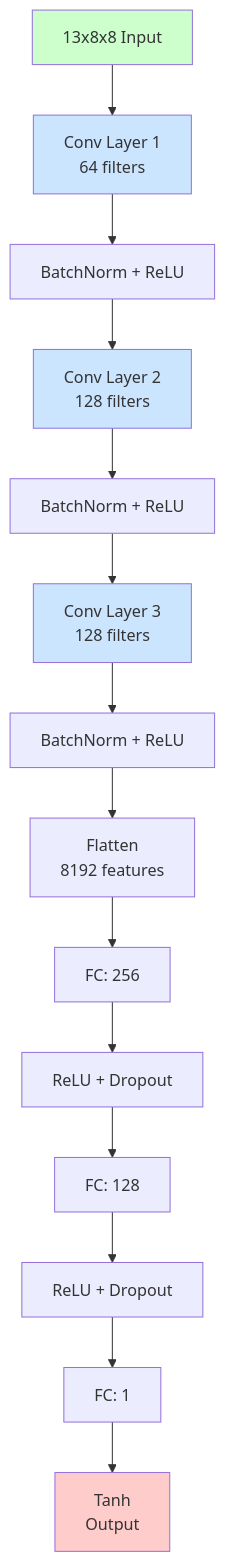
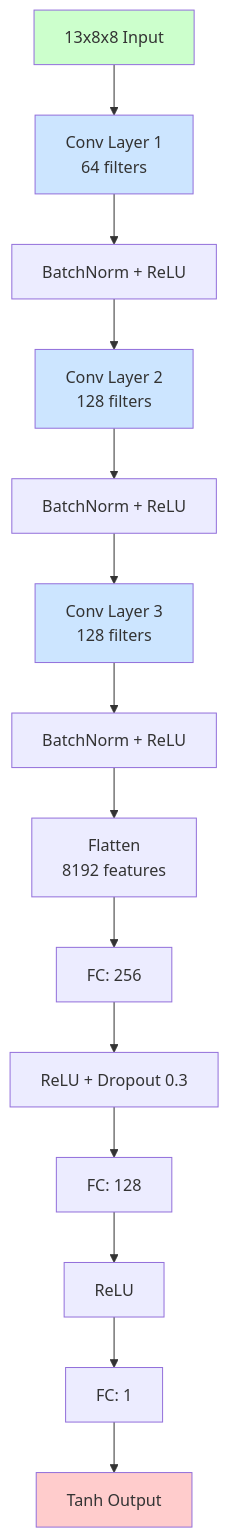
Before and after one commit to tmdals0611/tmdals0611.github.io: the diagram in _posts/2024-12-20-chess-ai-project-step3.md, drawn with Mermaid. The commit also changed other lines of this file, not shown here.

````diff
--- a/_posts/2024-12-20-chess-ai-project-step3.md
+++ b/_posts/2024-12-20-chess-ai-project-step3.md
@@ -22,22 +24,22 @@
 ```mermaid
 graph TD
     A[13x8x8 Input] --> B[Conv Layer 1<br/>64 filters]
     B --> C[BatchNorm + ReLU]
     C --> D[Conv Layer 2<br/>128 filters]
     D --> E[BatchNorm + ReLU]
     E --> F[Conv Layer 3<br/>128 filters]
     F --> G[BatchNorm + ReLU]
     G --> H[Flatten<br/>8192 features]
     H --> I[FC: 256]
-    I --> J[ReLU + Dropout]
+    I --> J[ReLU + Dropout 0.3]
     J --> K[FC: 128]
-    K --> L[ReLU + Dropout]
+    K --> L[ReLU]
     L --> M[FC: 1]
-    M --> N[Tanh<br/>Output]
+    M --> N[Tanh Output]
 
     style A fill:#ccffcc
     style N fill:#ffcccc
     style B fill:#cce5ff
     style D fill:#cce5ff
     style F fill:#cce5ff
 ```
````
